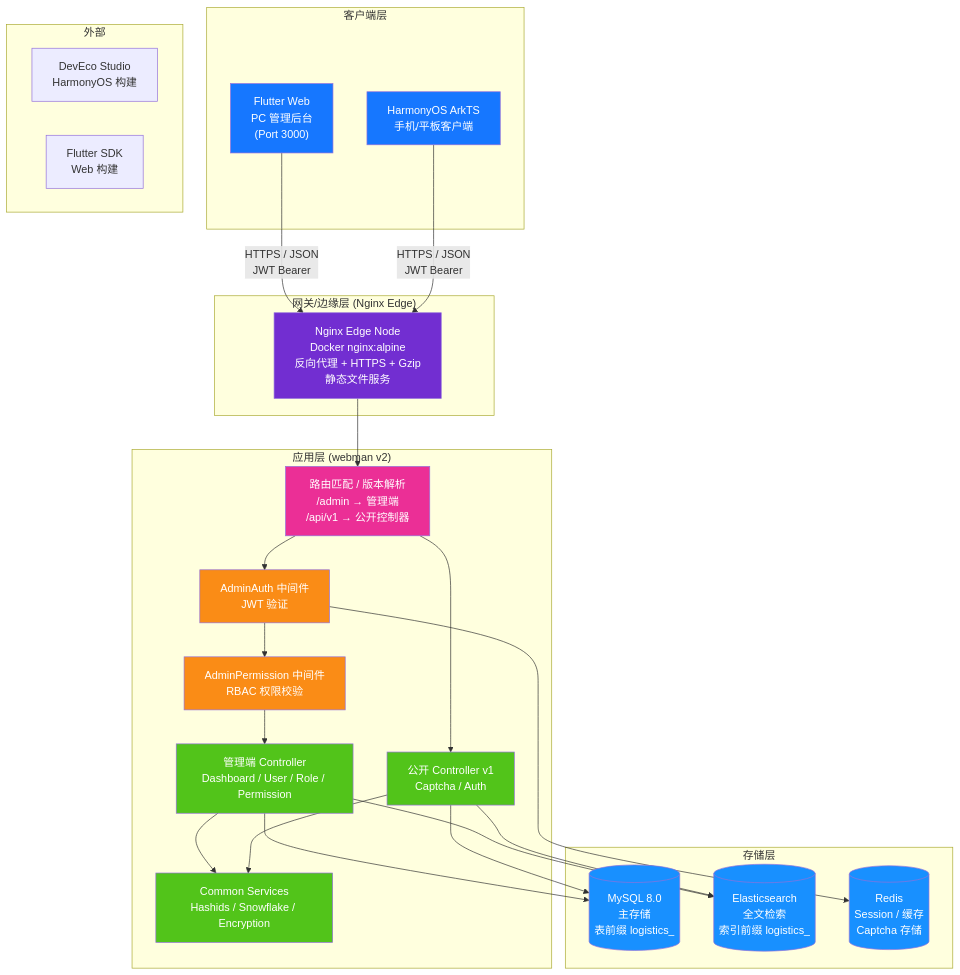
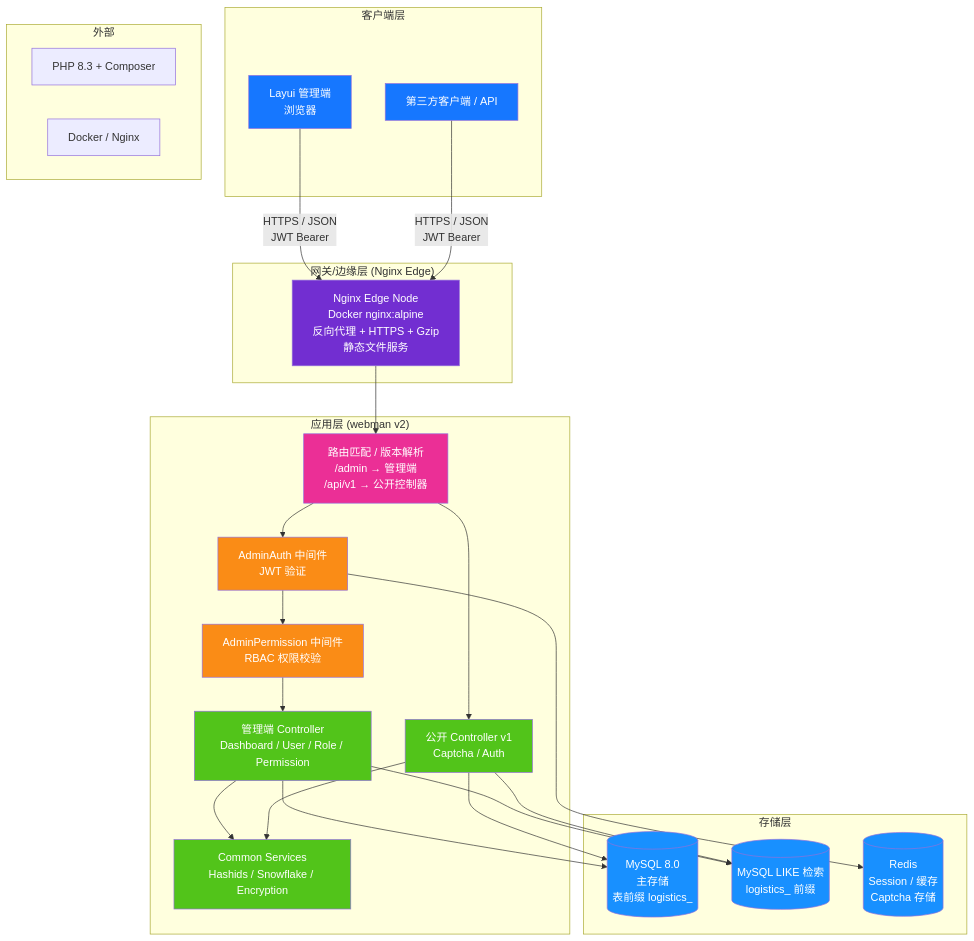
Before and after one commit to erikwang2013/integrated-global-logistics: the first of 12 diagrams in admin/docs/ARCHITECTURE.md, drawn with Mermaid. The commit also changed other lines of this file and 361 other files, not shown here.

Commit message:
文档：仅保留中英文 README，清理已移除功能与过时图片

````diff
--- a/admin/docs/ARCHITECTURE.md
+++ b/admin/docs/ARCHITECTURE.md
@@ -11,59 +11,59 @@
 ```mermaid
 flowchart TB
     subgraph "客户端层"
-        A1["Flutter Web<br/>PC 管理后台<br/>(Port 3000)"]
-        A2["HarmonyOS ArkTS<br/>手机/平板客户端"]
+        A1["Layui 管理端<br/>浏览器"]
+        A2["第三方客户端 / API"]
     end
 
     subgraph "网关/边缘层 (Nginx Edge)"
         B1["Nginx Edge Node<br/>Docker nginx:alpine<br/>反向代理 + HTTPS + Gzip<br/>静态文件服务"]
     end
 
     subgraph "应用层 (webman v2)"
         C0["路由匹配 / 版本解析<br/>/admin → 管理端<br/>/api/v1 → 公开控制器"]
         C1["AdminAuth 中间件<br/>JWT 验证"]
         C2["AdminPermission 中间件<br/>RBAC 权限校验"]
         C3["管理端 Controller<br/>Dashboard / User / Role / Permission"]
         C4["公开 Controller v1<br/>Captcha / Auth"]
         C5["Common Services<br/>Hashids / Snowflake / Encryption"]
     end
 
     subgraph "存储层"
         D1[("MySQL 8.0<br/>主存储<br/>表前缀 logistics_")]
-        D2[("Elasticsearch<br/>全文检索<br/>索引前缀 logistics_")]
+        D2[("MySQL LIKE 检索<br/>logistics_ 前缀")]
         D3[("Redis<br/>Session / 缓存<br/>Captcha 存储")]
     end
 
     subgraph "外部"
-        E1["DevEco Studio<br/>HarmonyOS 构建"]
-        E2["Flutter SDK<br/>Web 构建"]
+        E1["PHP 8.3 + Composer"]
+        E2["Docker / Nginx"]
     end
 
     A1 -->|"HTTPS / JSON<br/>JWT Bearer"| B1
     A2 -->|"HTTPS / JSON<br/>JWT Bearer"| B1
     B1 --> C0
     C0 --> C1
     C1 --> C2
     C2 --> C3
     C0 --> C4
     C3 --> C5
     C4 --> C5
     C3 --> D1
     C4 --> D1
     C3 --> D2
     C4 --> D2
     C1 --> D3
 
     style A1 fill:#1677FF,color:#fff
     style A2 fill:#1677FF,color:#fff
     style B1 fill:#722ED1,color:#fff
     style C0 fill:#EB2F96,color:#fff
     style C1 fill:#FA8C16,color:#fff
     style C2 fill:#FA8C16,color:#fff
     style C3 fill:#52C41A,color:#fff
     style C4 fill:#52C41A,color:#fff
     style C5 fill:#52C41A,color:#fff
     style D1 fill:#1890FF,color:#fff
     style D2 fill:#1890FF,color:#fff
     style D3 fill:#1890FF,color:#fff
 ```
````
